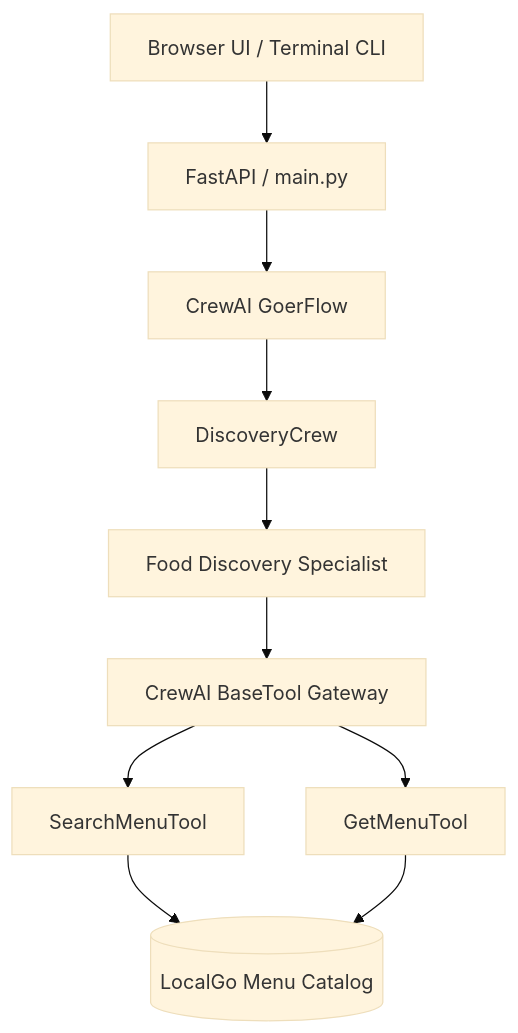
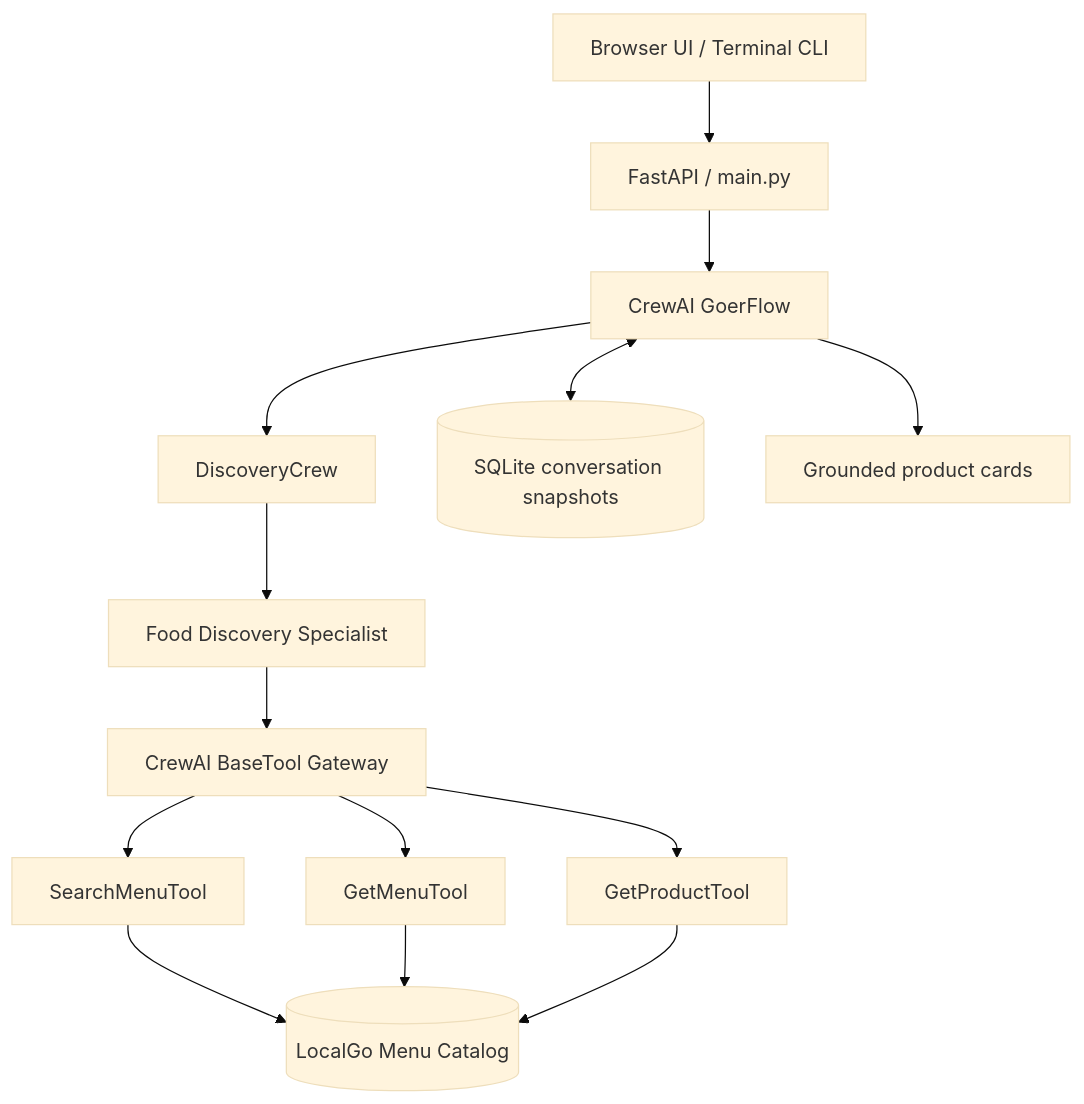
One commit to samerodeh/LocalGo-Consumer changed the diagram in README.md. Above: the diagram before and after it, drawn with Mermaid (base theme). The commit also changed other lines of this file, not shown here.

````diff
--- a/README.md
+++ b/README.md
@@ -9,12 +9,16 @@
 ```mermaid
 flowchart TD
     Client[Browser UI / Terminal CLI] --> API[FastAPI / main.py]
     API --> Flow[CrewAI GoerFlow]
     Flow --> Crew[DiscoveryCrew]
     Crew --> Agent[Food Discovery Specialist]
     Agent --> Tools[CrewAI BaseTool Gateway]
     Tools --> SearchTool[SearchMenuTool]
     Tools --> GetMenuTool[GetMenuTool]
+    Tools --> GetProductTool[GetProductTool]
     SearchTool --> Catalog[(LocalGo Menu Catalog)]
     GetMenuTool --> Catalog
+    GetProductTool --> Catalog
+    Flow <--> Sessions[(SQLite conversation snapshots)]
+    Flow --> Cards[Grounded product cards]
 ```
````
